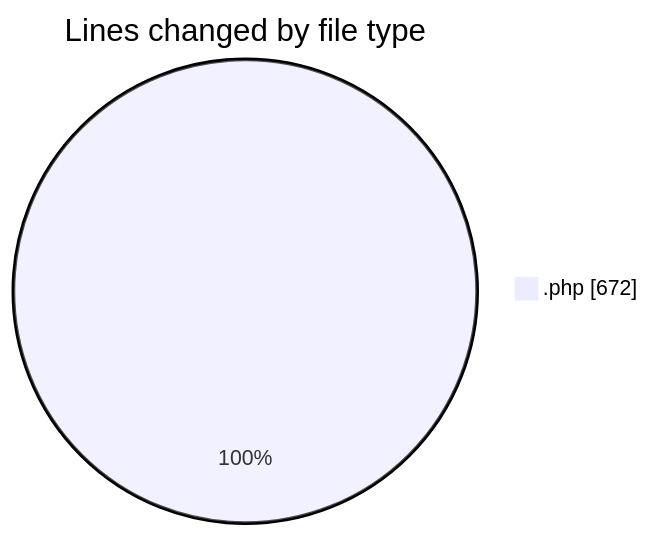
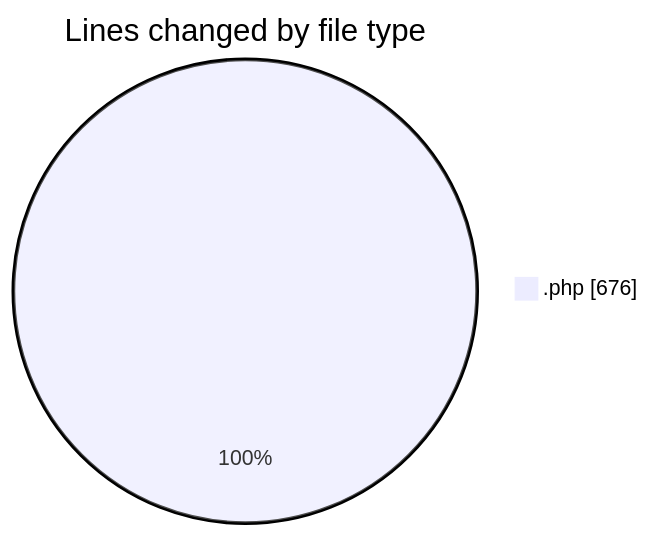
Before and after one commit to LanceThiago/code-tracking: the first of 2 diagrams in 2025-10-03/totem2/README.md, drawn with Mermaid. The commit also changed other lines of this file and 1 other file, not shown here.

````diff
--- a/2025-10-03/totem2/README.md
+++ b/2025-10-03/totem2/README.md
@@ -21,5 +21,5 @@
 ```mermaid
 pie showData
 title Lines changed by file type
-".php" : 672
+".php" : 676
 ```
````
